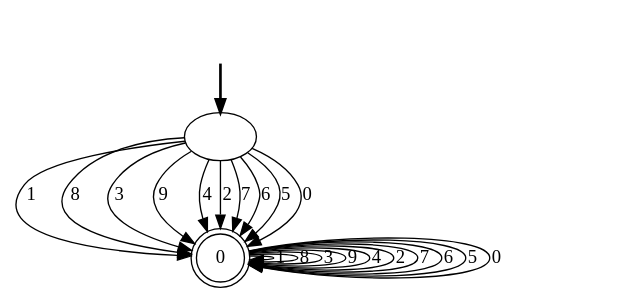
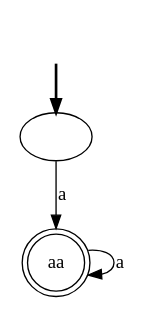
The diagram in dfa.dot (kimzheng7/RPNI), drawn with Graphviz before and after one commit. The commit also changed 2 other files, not shown here.

```diff
--- a/dfa.dot
+++ b/dfa.dot
@@ -1,26 +1,8 @@
 digraph {
 	fake [style=invisible]
 	"" [root=true]
-	0 [shape=doublecircle]
+	aa [shape=doublecircle]
 	fake -> "" [style=bold]
-	"" -> 0 [label=1]
-	"" -> 0 [label=8]
-	"" -> 0 [label=3]
-	"" -> 0 [label=9]
-	"" -> 0 [label=4]
-	"" -> 0 [label=2]
-	"" -> 0 [label=7]
-	"" -> 0 [label=6]
-	"" -> 0 [label=5]
-	"" -> 0 [label=0]
-	0 -> 0 [label=1]
-	0 -> 0 [label=8]
-	0 -> 0 [label=3]
-	0 -> 0 [label=9]
-	0 -> 0 [label=4]
-	0 -> 0 [label=2]
-	0 -> 0 [label=7]
-	0 -> 0 [label=6]
-	0 -> 0 [label=5]
-	0 -> 0 [label=0]
+	"" -> aa [label=a]
+	aa -> aa [label=a]
 }
```
